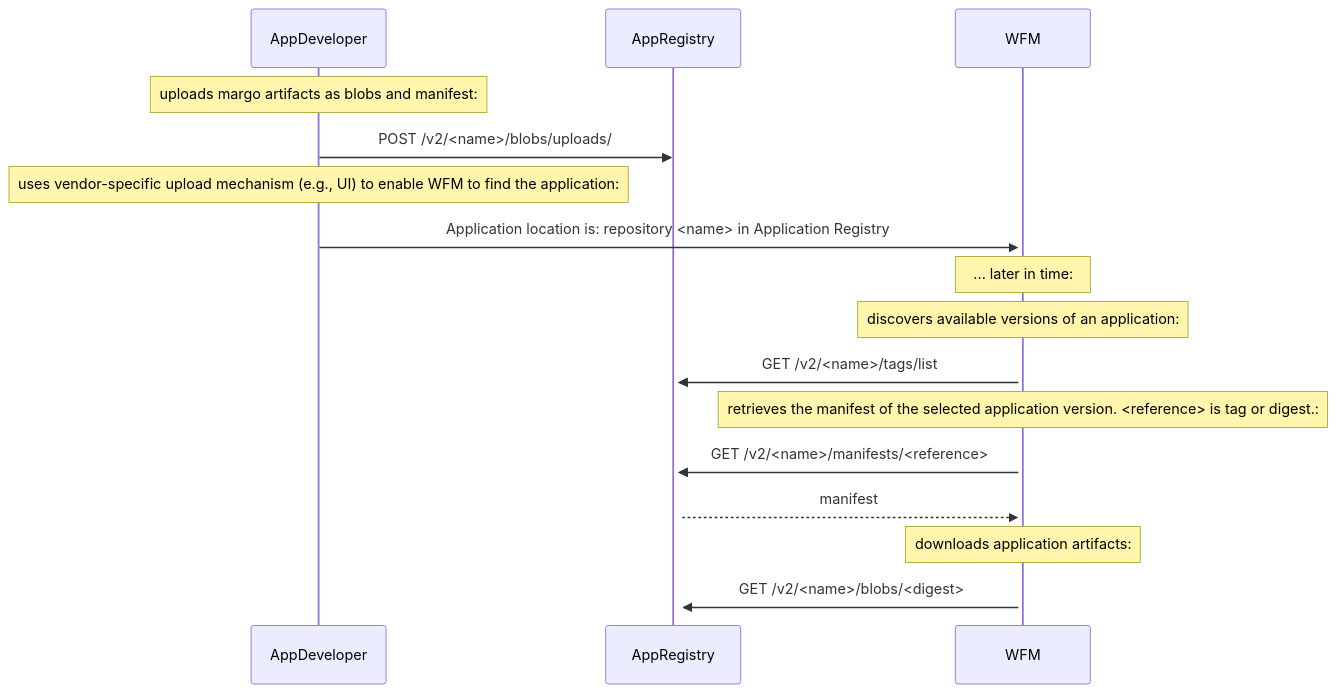
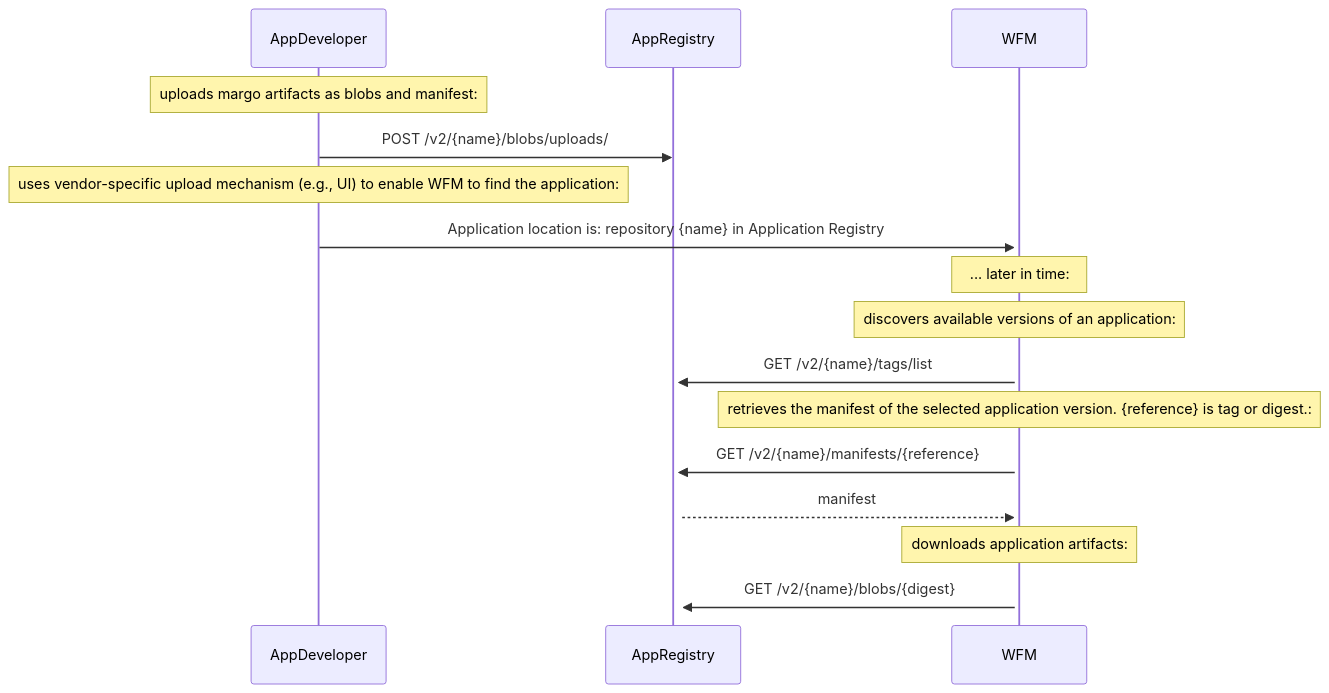
The third of 3 diagrams in submitted/sup_app_registry_as_oci.md (jjaswanson4/specification-enhancements), drawn with Mermaid before and after one commit. The commit also changed other lines of this file, not shown here.

Commit message:
OCI manifest annotation with defined values

````diff
--- a/submitted/sup_app_registry_as_oci.md
+++ b/submitted/sup_app_registry_as_oci.md
@@ -115,22 +115,22 @@
 ```mermaid
 sequenceDiagram
 
     Note over AppDeveloper: uploads margo artifacts as blobs and manifest:
-    AppDeveloper->>AppRegistry: POST /v2/<name>/blobs/uploads/
+    AppDeveloper->>AppRegistry: POST /v2/{name}/blobs/uploads/
 
 
     Note over AppDeveloper: uses vendor-specific upload mechanism (e.g., UI) to enable WFM to find the application:
-    AppDeveloper->>+WFM: Application location is: repository <name> in Application Registry
+    AppDeveloper->>+WFM: Application location is: repository {name} in Application Registry
     
     Note over WFM: ... later in time:
     Note over WFM: discovers available versions of an application:
-    WFM->>+AppRegistry: GET /v2/<name>/tags/list
+    WFM->>+AppRegistry: GET /v2/{name}/tags/list
     
-    Note over WFM: retrieves the manifest of the selected application version. <reference> is tag or digest.:
-    WFM->>+AppRegistry: GET /v2/<name>/manifests/<reference>
+    Note over WFM: retrieves the manifest of the selected application version. {reference} is tag or digest.:
+    WFM->>+AppRegistry: GET /v2/{name}/manifests/{reference}
     
     AppRegistry-->>+WFM: manifest
 
     Note over WFM: downloads application artifacts:
-    WFM->>AppRegistry: GET /v2/<name>/blobs/<digest>
+    WFM->>AppRegistry: GET /v2/{name}/blobs/{digest}
 ```
````
